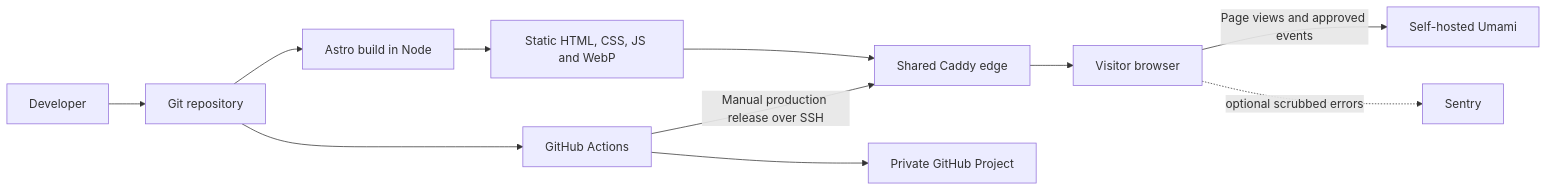
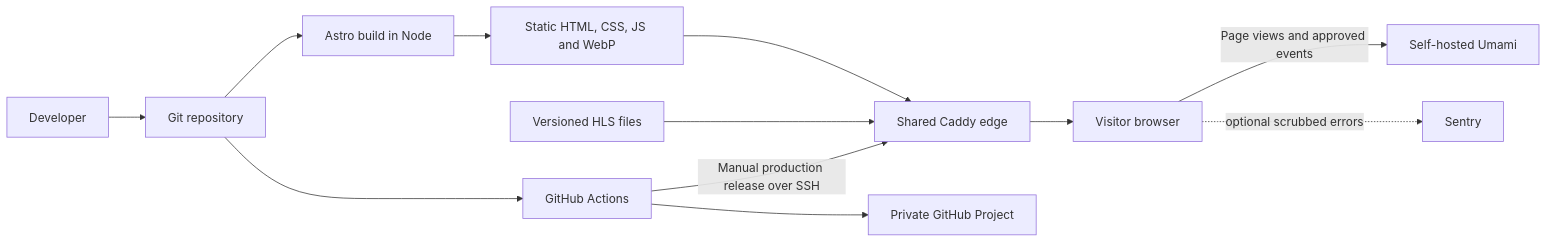
The first of 4 diagrams in docs/ARCHITECTURE.md (povedica/mi-cv), drawn with Mermaid before and after one commit. The commit also changed other lines of this file and 19 other files, not shown here.

````diff
--- a/docs/ARCHITECTURE.md
+++ b/docs/ARCHITECTURE.md
@@ -7,13 +7,14 @@
 ```mermaid
 flowchart LR
   Developer --> Git[Git repository]
   Git --> Build[Astro build in Node]
   Build --> Files[Static HTML, CSS, JS and WebP]
   Files --> Host[Shared Caddy edge]
   Host --> Browser[Visitor browser]
+  Media[Versioned HLS files] --> Host
   Browser -->|Page views and approved events| Umami[Self-hosted Umami]
   Browser -. optional scrubbed errors .-> Sentry
   Git --> CI[GitHub Actions]
   CI -->|Manual production release over SSH| Host
   CI --> Projects[Private GitHub Project]
 ```
````
